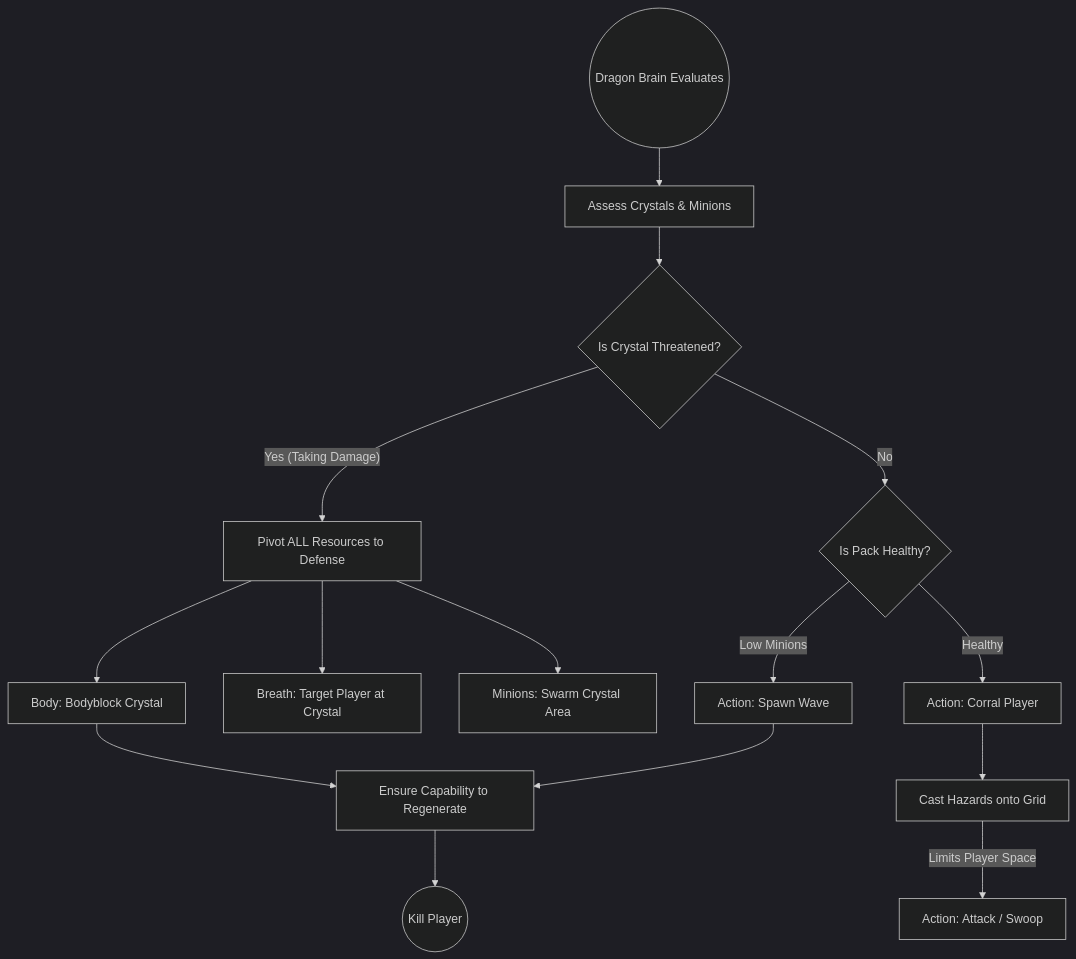
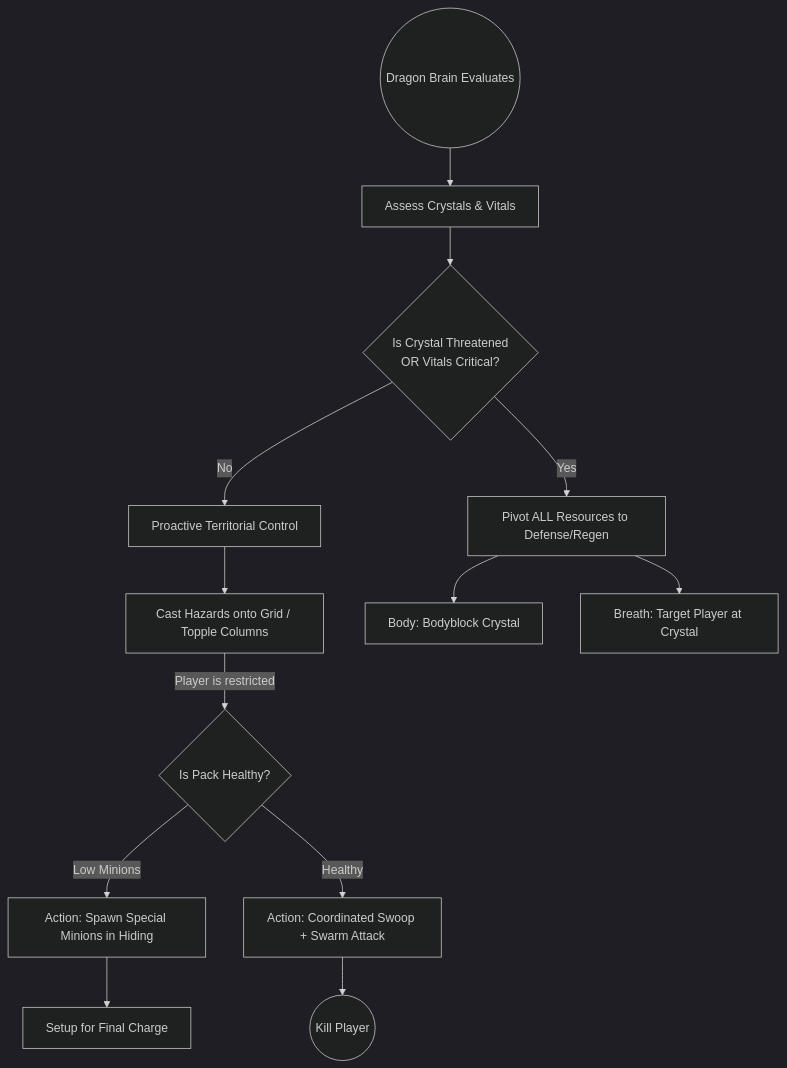
One commit to NatalieC001/dragonDump changed the second of 5 diagrams in Quest_Machine_Dragon_Brain_Docs.md. Above: the diagram before and after it, drawn with Mermaid (dark theme). The commit also changed other lines of this file, not shown here.

````diff
--- a/Quest_Machine_Dragon_Brain_Docs.md
+++ b/Quest_Machine_Dragon_Brain_Docs.md
@@ -64,22 +63,22 @@
 ```mermaid
 graph TD
-    StartDragon((Dragon Brain Evaluates)) --> CheckSupplyLines[Assess Crystals & Minions]
+    StartDragon((Dragon Brain Evaluates)) --> CheckSupplyLines[Assess Crystals & Vitals]
     
-    CheckSupplyLines --> IsCrystalSafe{Is Crystal Threatened?}
-    IsCrystalSafe -- Yes (Taking Damage) --> PivotToDefense[Pivot ALL Resources to Defense]
-    IsCrystalSafe -- No --> ManagePack{Is Pack Healthy?}
+    CheckSupplyLines --> IsCrystalSafe{Is Crystal Threatened <br> OR Vitals Critical?}
+    IsCrystalSafe -- Yes --> PivotToDefense[Pivot ALL Resources to Defense/Regen]
+    
+    %% Sun Tzu: Assert Territorial Control first. Don't wait for a healthy pack.
+    IsCrystalSafe -- No --> ExertTerritorialControl[Proactive Territorial Control]
+    
+    ExertTerritorialControl --> CastHazards[Cast Hazards onto Grid / Topple Columns]
+    CastHazards -->|Player is restricted| EvaluateForces{Is Pack Healthy?}
+    
+    EvaluateForces -- Low Minions --> SpawnMinions[Action: Spawn Special Minions in Hiding]
+    EvaluateForces -- Healthy --> ExecuteAttack[Action: Coordinated Swoop + Swarm Attack]
     
     PivotToDefense --> CommandBody[Body: Bodyblock Crystal]
     PivotToDefense --> CommandBreath[Breath: Target Player at Crystal]
-    PivotToDefense --> CommandMinions[Minions: Swarm Crystal Area]
     
-    ManagePack -- Low Minions --> SpawnMinions[Action: Spawn Wave]
-    ManagePack -- Healthy --> CorralPlayer[Action: Corral Player]
-    
-    CorralPlayer --> CastClouds[Cast Hazards onto Grid]
-    CastClouds -->|Limits Player Space| ExecuteAttack[Action: Attack / Swoop]
-    
-    CommandBody --> ProtectRecovery[Ensure Capability to Regenerate]
-    SpawnMinions --> ProtectRecovery
-    ProtectRecovery --> KillPlayer((Kill Player))
+    SpawnMinions --> EnsureVictory[Setup for Final Charge]
+    ExecuteAttack --> KillPlayer((Kill Player))
 ```
````
